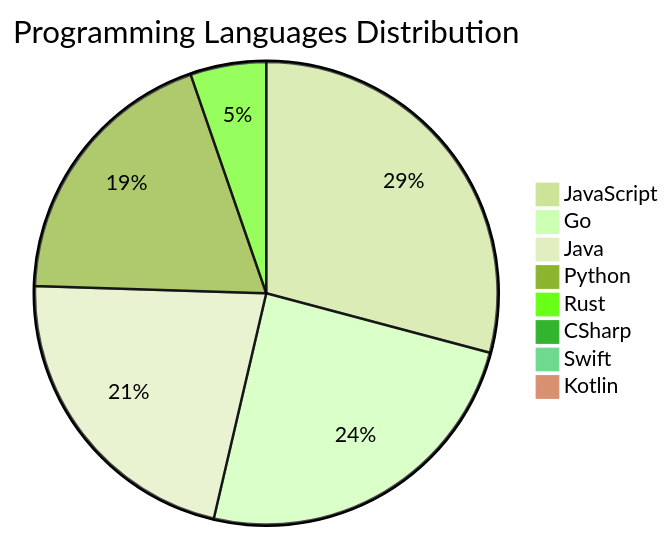
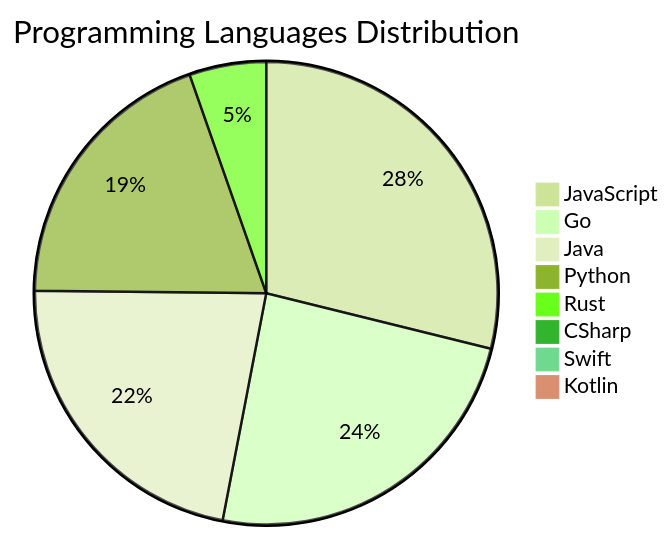
One commit to Derrick-MUGISHA/github-activity-bot changed the diagram in README.md. Above: the diagram before and after it, drawn with Mermaid (forest theme). The commit also changed other lines of this file and 4 other files, not shown here.

````diff
--- a/README.md
+++ b/README.md
@@ -208,11 +208,11 @@
 ```mermaid
 pie title Programming Languages Distribution
-    "JavaScript" : 44
-    "Go" : 37
+    "JavaScript" : 43
+    "Go" : 36
     "Java" : 33
     "Python" : 29
     "Rust" : 8
     "CSharp" : 1
     "Swift" : 1
     "Kotlin" : 1
 ```
````
